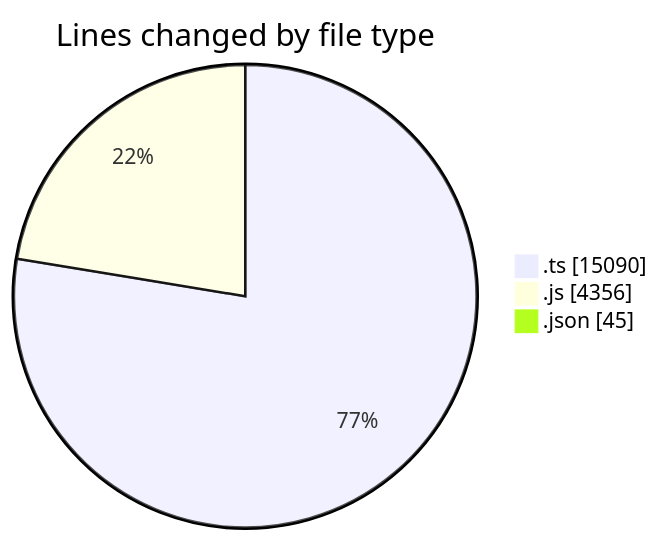
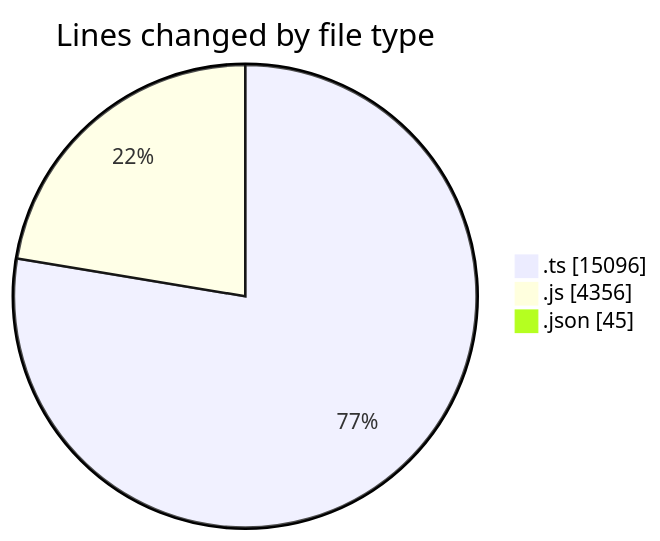
One commit to momahboobian/code-tracking changed the first of 2 diagrams in 2025-07-29/cda/README.md. Above: the diagram before and after it, drawn with Mermaid. The commit also changed other lines of this file and 1 other file, not shown here.

````diff
--- a/2025-07-29/cda/README.md
+++ b/2025-07-29/cda/README.md
@@ -29,7 +29,7 @@
 ```mermaid
 pie showData
 title Lines changed by file type
-".ts" : 15090
+".ts" : 15096
 ".js" : 4356
 ".json" : 45
 ```
````
